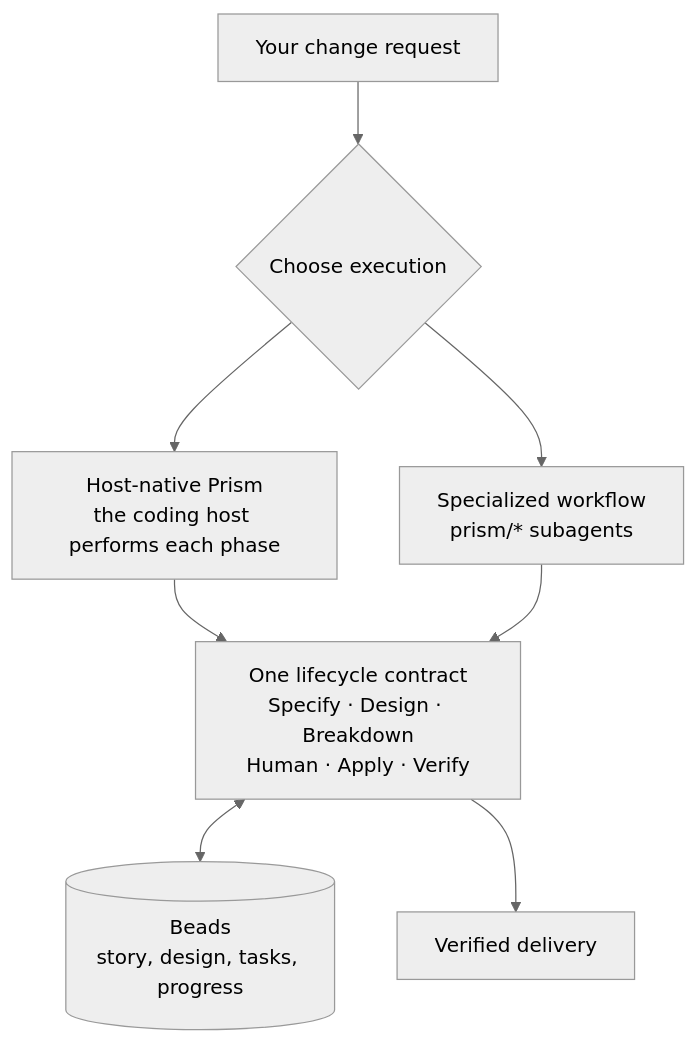
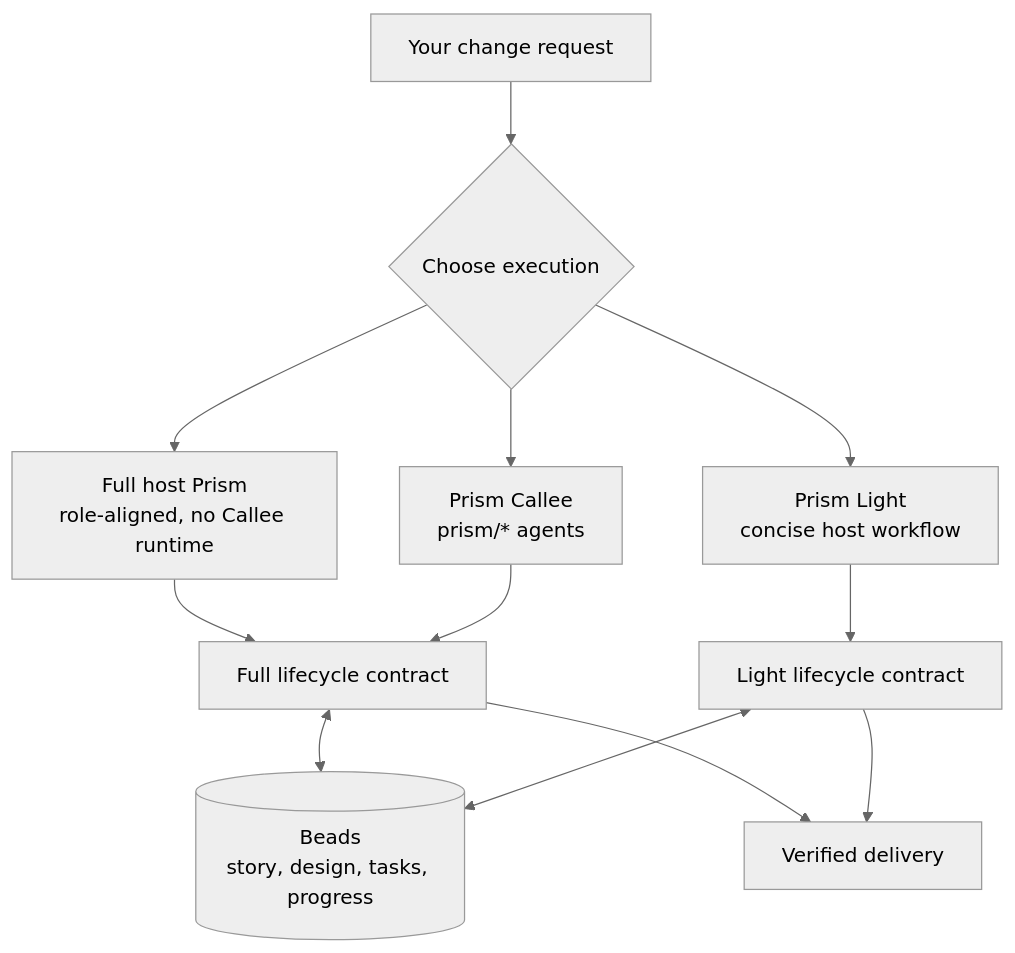
One commit to baldaworks/prism changed the second of 2 diagrams in README.md. Above: the diagram before and after it, drawn with Mermaid (neutral theme). The commit also changed other lines of this file and 50 other files, not shown here.

Commit message:
feat(prism): add full and light lifecycles

````diff
--- a/README.md
+++ b/README.md
@@ -57,10 +57,14 @@
 ```mermaid
 flowchart TB
     I["Your change request"] --> C{"Choose execution"}
-    C --> H["Host-native Prism<br/>the coding host performs each phase"]
-    C --> W["Specialized workflow<br/>prism/* subagents"]
-    H --> L["One lifecycle contract<br/>Specify · Design · Breakdown<br/>Human · Apply · Verify"]
-    W --> L
-    L <--> B[("Beads<br/>story, design, tasks, progress")]
-    L --> O["Verified delivery"]
+    C --> H["Full host Prism<br/>role-aligned, no Callee runtime"]
+    C --> T["Prism Light<br/>concise host workflow"]
+    C --> W["Prism Callee<br/>prism/* agents"]
+    H --> F["Full lifecycle contract"]
+    W --> F
+    T --> L["Light lifecycle contract"]
+    F <--> B[("Beads<br/>story, design, tasks, progress")]
+    L <--> B
+    F --> O["Verified delivery"]
+    L --> O
 ```
````
